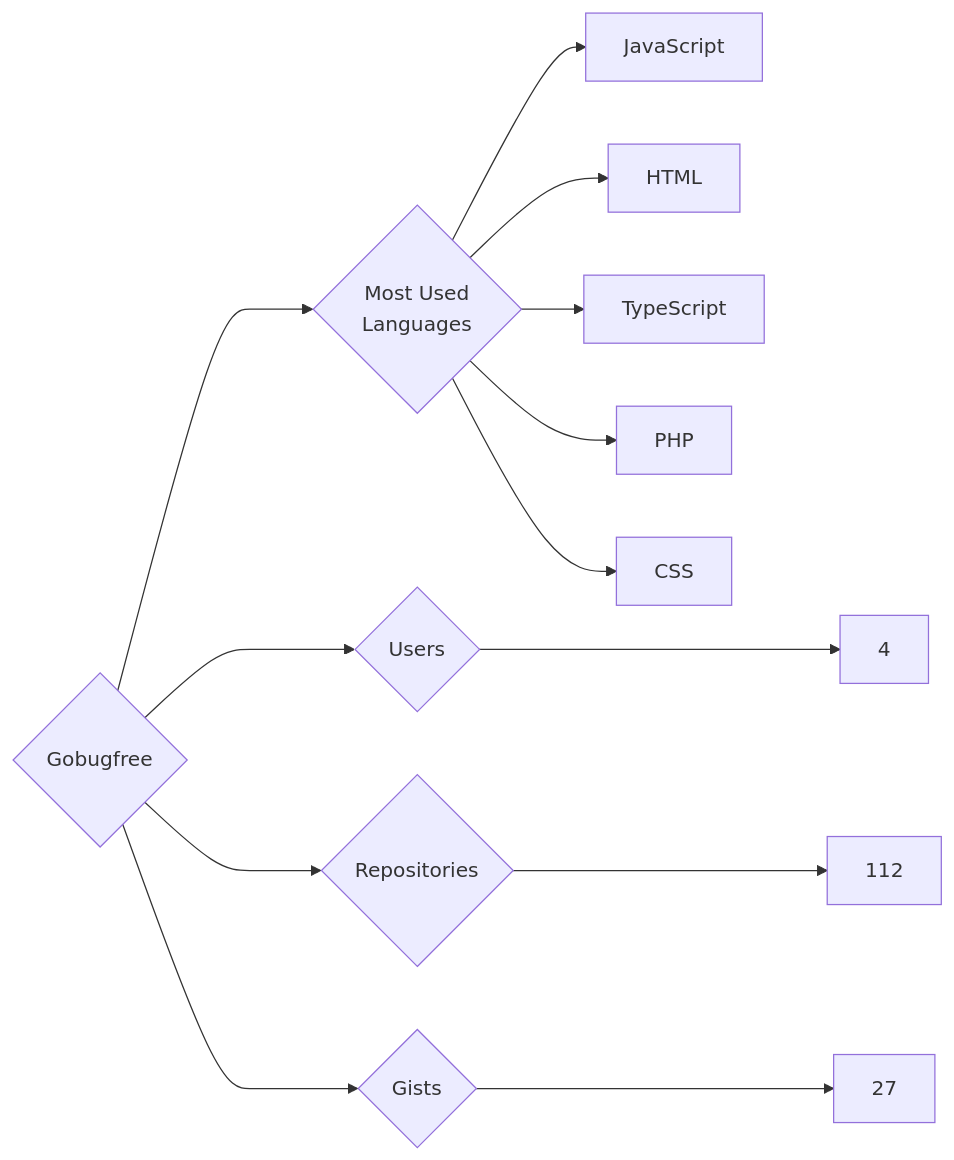
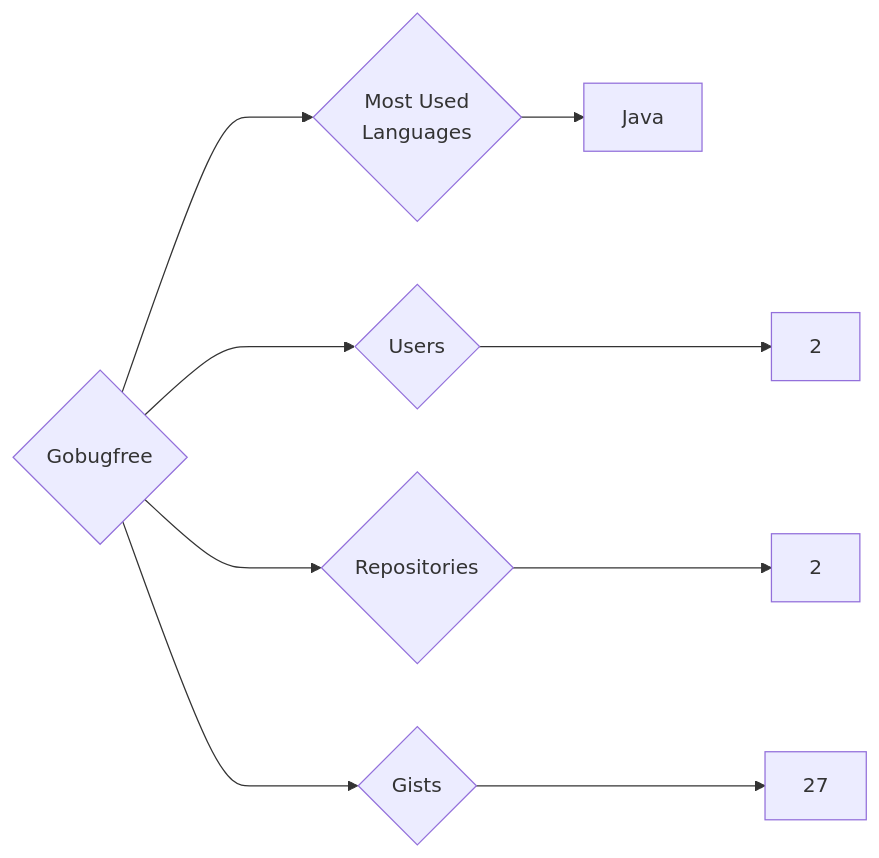
One commit to trickest/insiders changed the diagram in targets/Gobugfree/README.md. Above: the diagram before and after it, drawn with Mermaid. The commit also changed 859 other files, not shown here.

````diff
--- a/targets/Gobugfree/README.md
+++ b/targets/Gobugfree/README.md
@@ -3,13 +3,9 @@
 ```mermaid
 graph LR
 COMPANY_NAME{Gobugfree}
-COMPANY_NAME ---> U{Users} ---> UN[4]
-COMPANY_NAME ---> R{Repositories} ---> RN[112]
+COMPANY_NAME ---> U{Users} ---> UN[2]
+COMPANY_NAME ---> R{Repositories} ---> RN[2]
 COMPANY_NAME ---> G{Gists} ---> GN[27]
 COMPANY_NAME ---> ML{Most Used<br>Languages}
-ML --> JavaScript[JavaScript]
-ML --> HTML[HTML]
-ML --> TypeScript[TypeScript]
-ML --> PHP[PHP]
-ML --> CSS[CSS]
+ML --> Java[Java]
 ```
````
